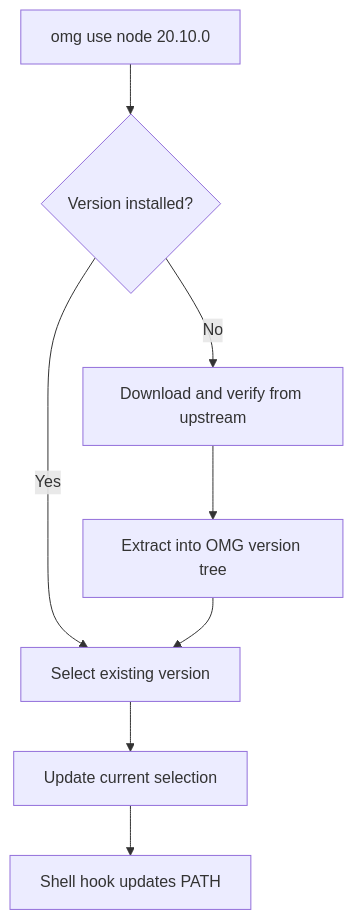
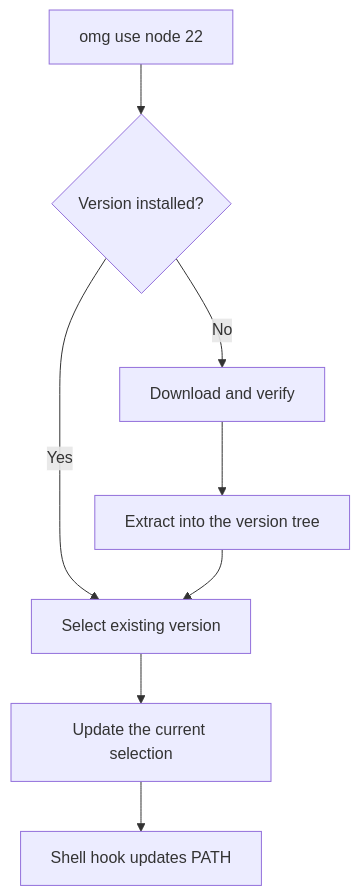
Before and after one commit to omg-cli/omg: the third of 3 diagrams in docs/architecture.md, drawn with Mermaid. The commit also changed other lines of this file and 53 other files, not shown here.

First line of the commit message:
docs: make the guides beginner-readable, add diagrams, and gate doc drift

````diff
--- a/docs/architecture.md
+++ b/docs/architecture.md
@@ -212,10 +76,10 @@
 ```mermaid
 flowchart TD
-    A[omg use node 20.10.0] --> B{Version installed?}
+    A[omg use node 22] --> B{Version installed?}
     B -->|Yes| D[Select existing version]
-    B -->|No| C[Download and verify from upstream]
-    C --> E[Extract into OMG version tree]
+    B -->|No| C[Download and verify]
+    C --> E[Extract into the version tree]
     E --> D
-    D --> F[Update current selection]
+    D --> F[Update the current selection]
     F --> G[Shell hook updates PATH]
 ```
````
